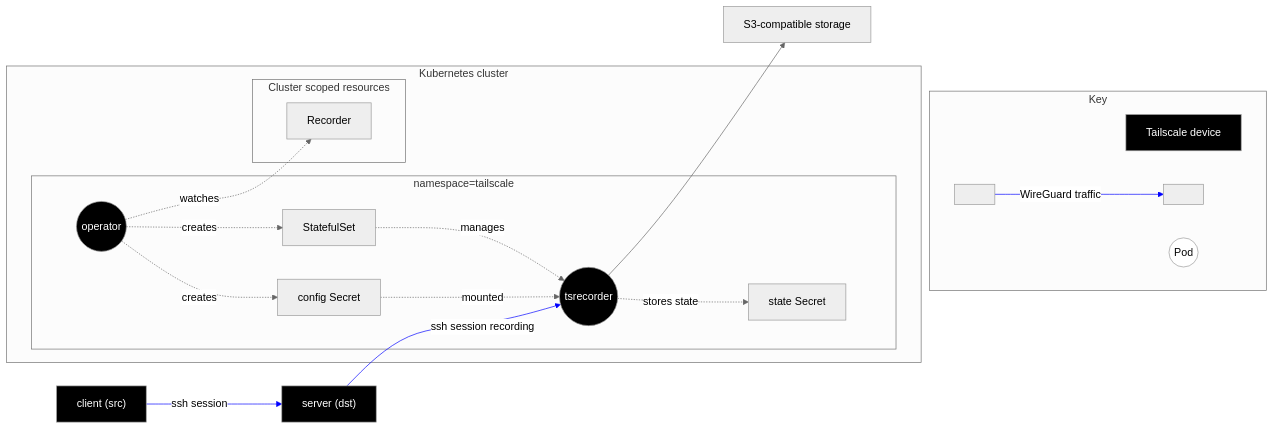
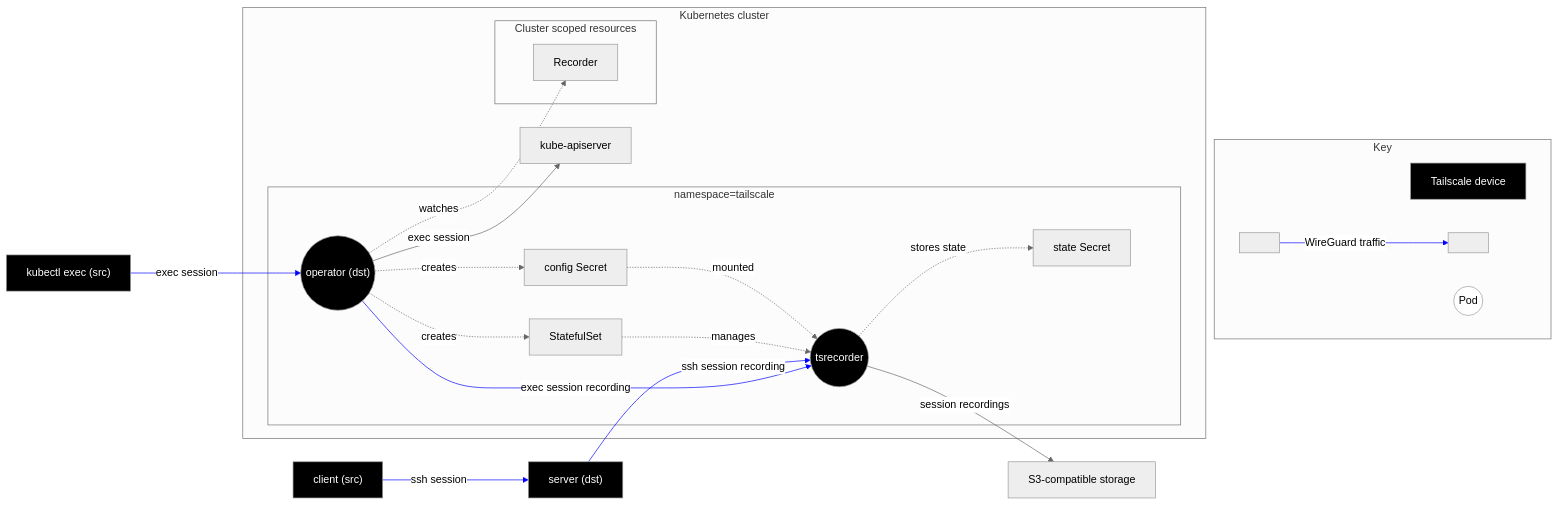
The seventh of 7 diagrams in docs/k8s/operator-architecture.md (tailscale/tailscale), drawn with Mermaid before and after one commit.

Commit message:
Add exec session recording to tsrecorder diagram

````diff
--- a/docs/k8s/operator-architecture.md
+++ b/docs/k8s/operator-architecture.md
@@ -356,50 +356,58 @@
 ```mermaid
 %%{ init: { 'theme':'neutral' } }%%
 
 flowchart TD
     classDef tsnode color:#fff,fill:#000;
     classDef pod fill:#fff;
     classDef hidden display:none;
 
     subgraph Key
         ts[Tailscale device]:::tsnode
         pod((Pod)):::pod
         hidden[" "]-->|WireGuard traffic|hidden2[" "]
     end
 
     subgraph grouping[" "]
         subgraph k8s[Kubernetes cluster]
+            api["kube-apiserver"]
+
             subgraph tailscale-ns[namespace=tailscale]
-                operator((operator)):::tsnode
+                operator(("operator (dst)")):::tsnode
                 rec-sts[StatefulSet]
                 rec-0(("tsrecorder")):::tsnode
                 cfg-secret-0["config Secret"]
                 state-secret-0["state Secret"]
             end
 
             subgraph cluster-scope["Cluster scoped resources"]
                 rec["Recorder"]
             end
         end
 
         client["client (src)"]:::tsnode
+        kubectl-exec["kubectl exec (src)"]:::tsnode
         server["server (dst)"]:::tsnode
         s3["S3-compatible storage"]
     end
 
-    client-->|ssh session|server
-    server-->|ssh session recording|rec-0
-    rec-0-->s3
+    kubectl-exec-->|exec session| operator
+    operator-->|exec session recording| rec-0
+    operator-->|exec session| api
+    client-->|ssh session| server
+    server-->|ssh session recording| rec-0
+    rec-0-->|session recordings| s3
     operator-.->|watches| rec
     operator -.->|creates| rec-sts
     rec-sts -.->|manages| rec-0
     operator -.->|creates| cfg-secret-0
     cfg-secret-0 -.->|mounted| rec-0
     rec-0 -.->|stores state| state-secret-0
 
     class grouping hidden
     linkStyle 0 stroke:blue;
     linkStyle 1 stroke:blue;
     linkStyle 2 stroke:blue;
+    linkStyle 4 stroke:blue;
+    linkStyle 5 stroke:blue;
 
 ```
````
